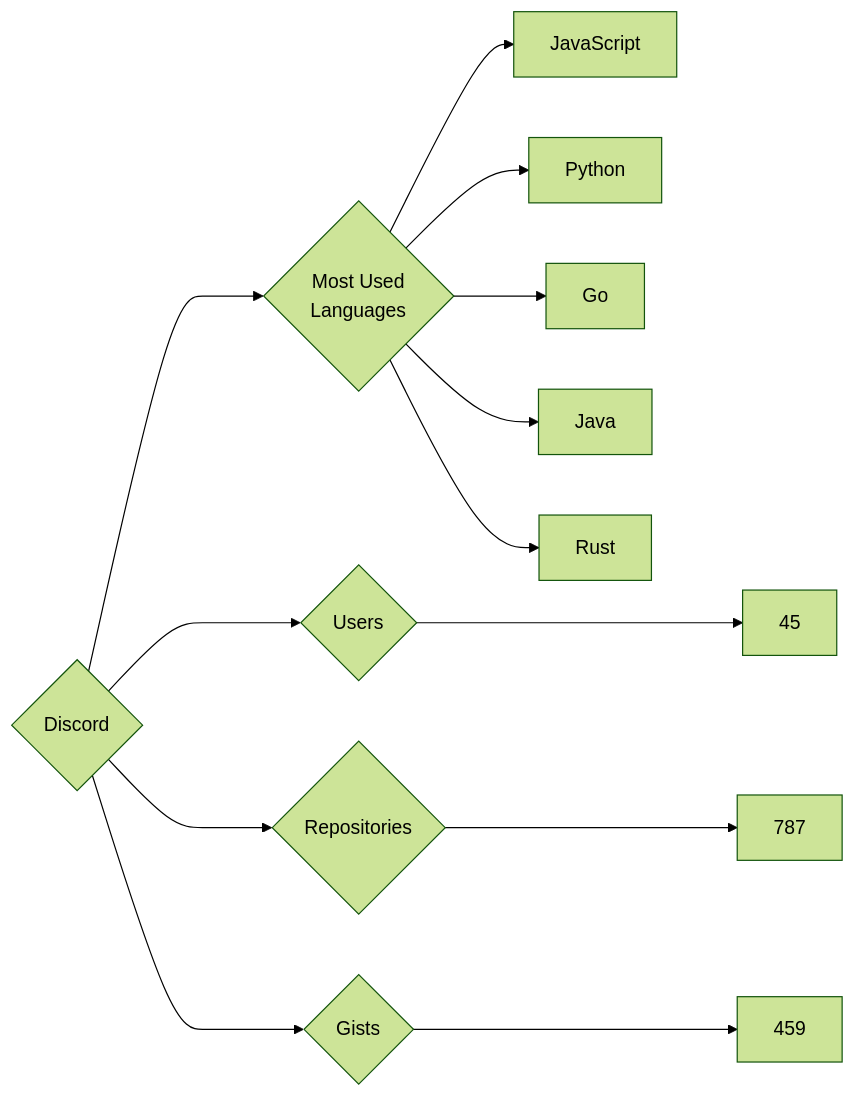
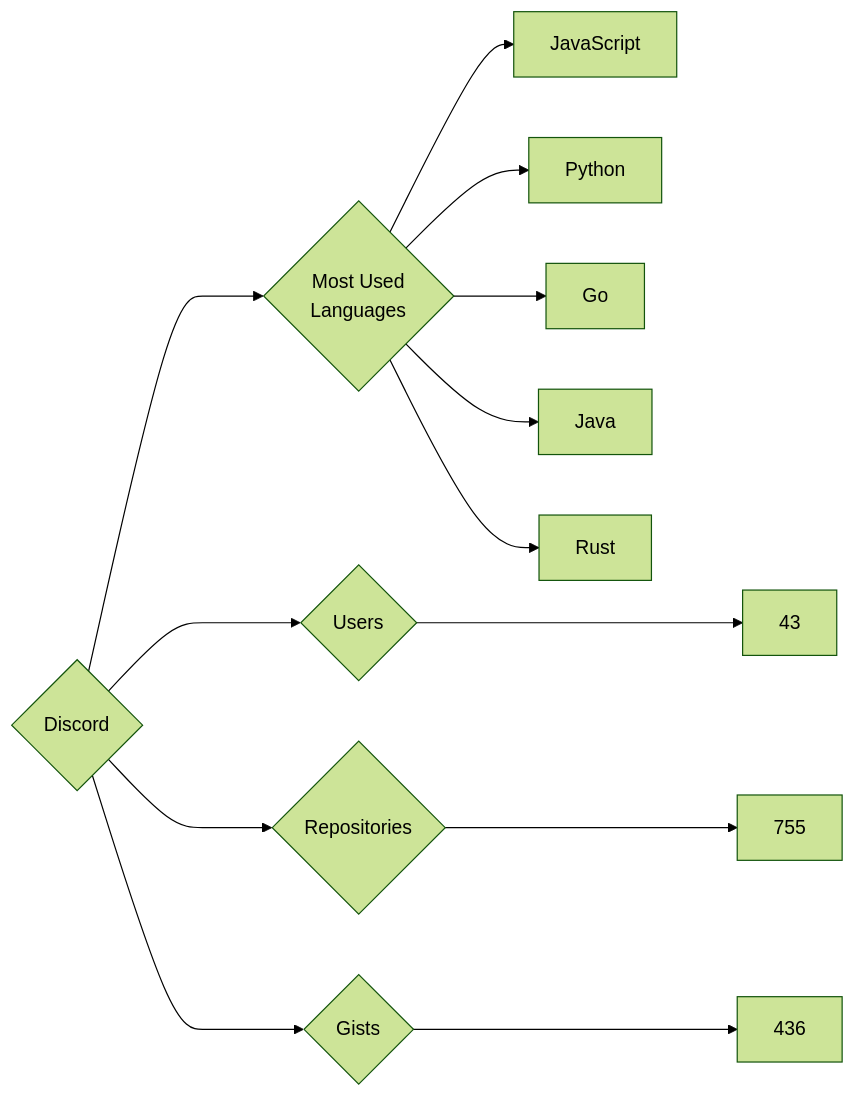
Before and after one commit to trickest/insiders: the diagram in targets/Discord/README.md, drawn with Mermaid (forest theme). The commit also changed 1195 other files, not shown here.

````diff
--- a/targets/Discord/README.md
+++ b/targets/Discord/README.md
@@ -3,13 +3,13 @@
 ```mermaid
 graph LR
 COMPANY_NAME{Discord}
-COMPANY_NAME ---> U{Users} ---> UN[45]
-COMPANY_NAME ---> R{Repositories} ---> RN[787]
-COMPANY_NAME ---> G{Gists} ---> GN[459]
+COMPANY_NAME ---> U{Users} ---> UN[43]
+COMPANY_NAME ---> R{Repositories} ---> RN[755]
+COMPANY_NAME ---> G{Gists} ---> GN[436]
 COMPANY_NAME ---> ML{Most Used<br>Languages}
 ML --> JavaScript[JavaScript]
 ML --> Python[Python]
 ML --> Go[Go]
 ML --> Java[Java]
 ML --> Rust[Rust]
 ```
````
